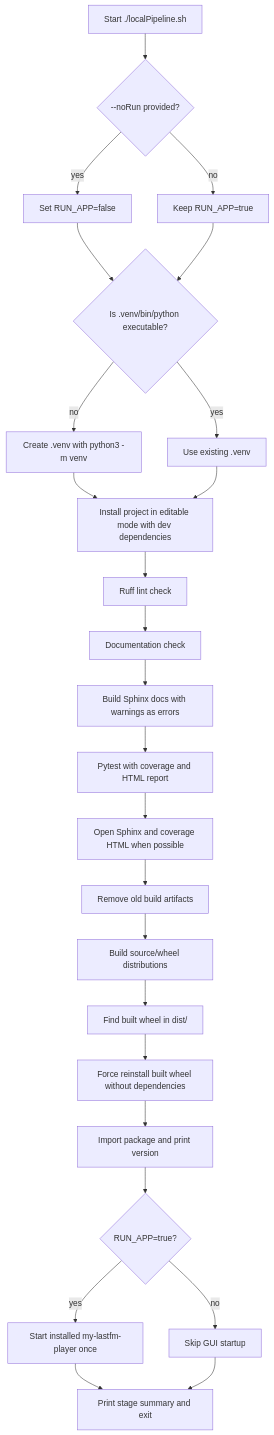
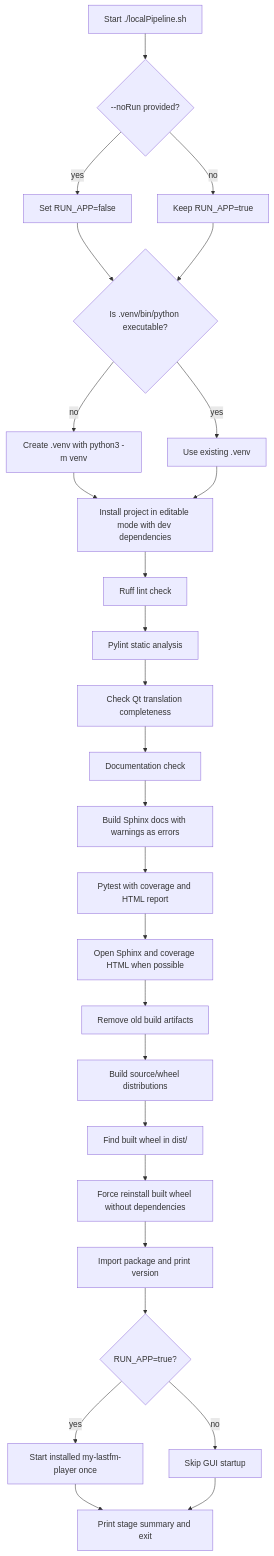
One commit to marcelpetrick/myLastFmPlayer changed the third of 3 diagrams in README.md. Above: the diagram before and after it, drawn with Mermaid. The commit also changed other lines of this file and 9 other files, not shown here.

Commit message:
docs(architecture): refresh documentation diagrams (v0.0.136)

````diff
--- a/README.md
+++ b/README.md
@@ -232,27 +232,29 @@
 ```mermaid
 flowchart TD
     A["Start ./localPipeline.sh"] --> B{"--noRun provided?"}
     B -->|yes| C["Set RUN_APP=false"]
     B -->|no| D["Keep RUN_APP=true"]
     C --> E{"Is .venv/bin/python executable?"}
     D --> E
     E -->|no| F["Create .venv with python3 -m venv"]
     E -->|yes| G["Use existing .venv"]
     F --> H["Install project in editable mode with dev dependencies"]
     G --> H
     H --> I["Ruff lint check"]
-    I --> J["Documentation check"]
-    J --> K["Build Sphinx docs with warnings as errors"]
-    K --> L["Pytest with coverage and HTML report"]
-    L --> M["Open Sphinx and coverage HTML when possible"]
-    M --> N["Remove old build artifacts"]
-    N --> O["Build source/wheel distributions"]
-    O --> P["Find built wheel in dist/"]
-    P --> Q["Force reinstall built wheel without dependencies"]
-    Q --> R["Import package and print version"]
-    R --> S{"RUN_APP=true?"}
-    S -->|yes| T["Start installed my-lastfm-player once"]
-    S -->|no| U["Skip GUI startup"]
-    T --> V["Print stage summary and exit"]
-    U --> V
+    I --> J["Pylint static analysis"]
+    J --> K["Check Qt translation completeness"]
+    K --> L["Documentation check"]
+    L --> M["Build Sphinx docs with warnings as errors"]
+    M --> N["Pytest with coverage and HTML report"]
+    N --> O["Open Sphinx and coverage HTML when possible"]
+    O --> P["Remove old build artifacts"]
+    P --> Q["Build source/wheel distributions"]
+    Q --> R["Find built wheel in dist/"]
+    R --> S["Force reinstall built wheel without dependencies"]
+    S --> T["Import package and print version"]
+    T --> U{"RUN_APP=true?"}
+    U -->|yes| V["Start installed my-lastfm-player once"]
+    U -->|no| W["Skip GUI startup"]
+    V --> X["Print stage summary and exit"]
+    W --> X
 ```
````
